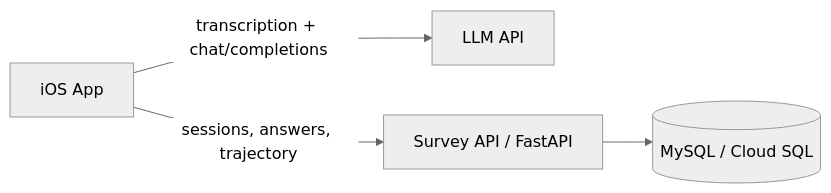
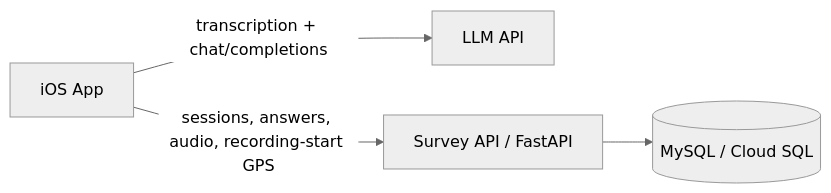
Before and after one commit to shkim001/ios-voice-llm-survey: the diagram in README.md, drawn with Mermaid (neutral theme). The commit also changed other lines of this file and 2 other files, not shown here.

Commit message:
Require recording-start GPS for interviews

````diff
--- a/README.md
+++ b/README.md
@@ -7,11 +7,11 @@
 ```mermaid
 flowchart LR
   iOS[iOS App]
   LLM[LLM API]
   API[Survey API / FastAPI]
   DB[(MySQL / Cloud SQL)]
 
   iOS -->|transcription + chat/completions| LLM
-  iOS -->|sessions, answers, trajectory| API
+  iOS -->|sessions, answers, audio, recording-start GPS| API
   API --> DB
 ```
````
